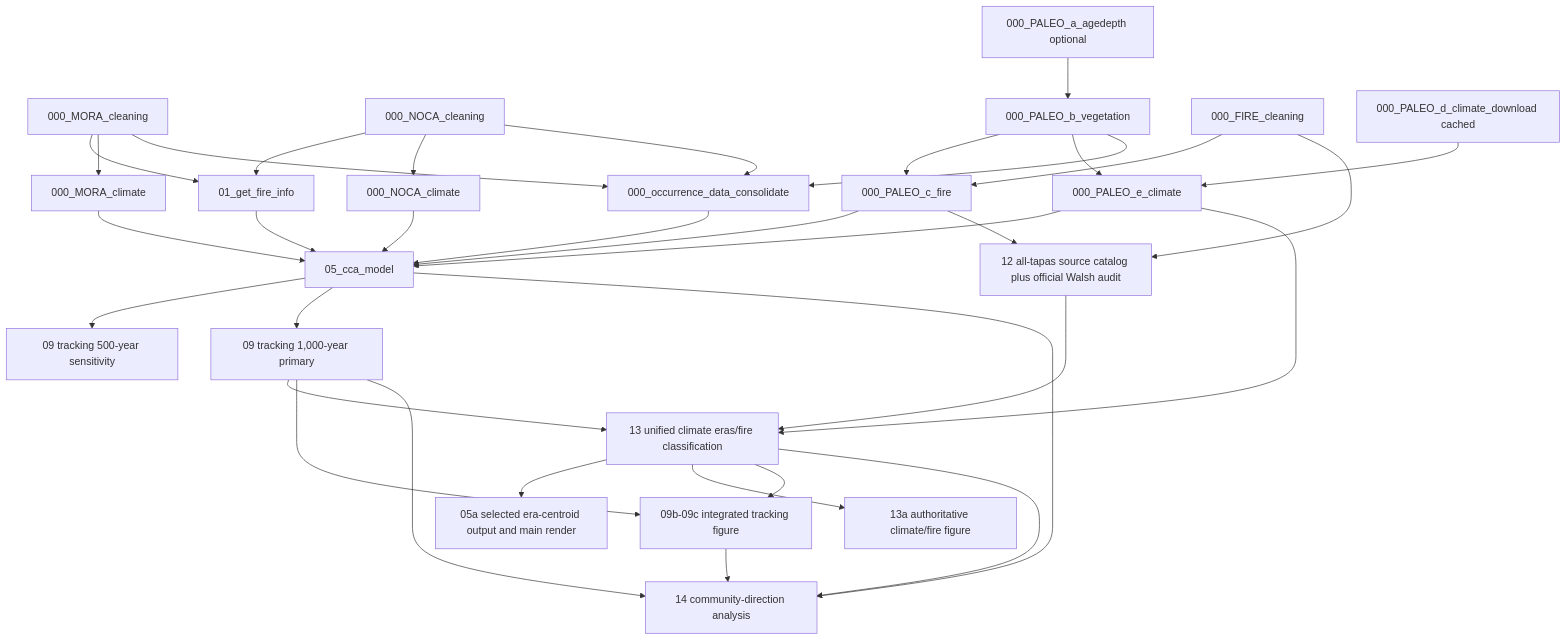
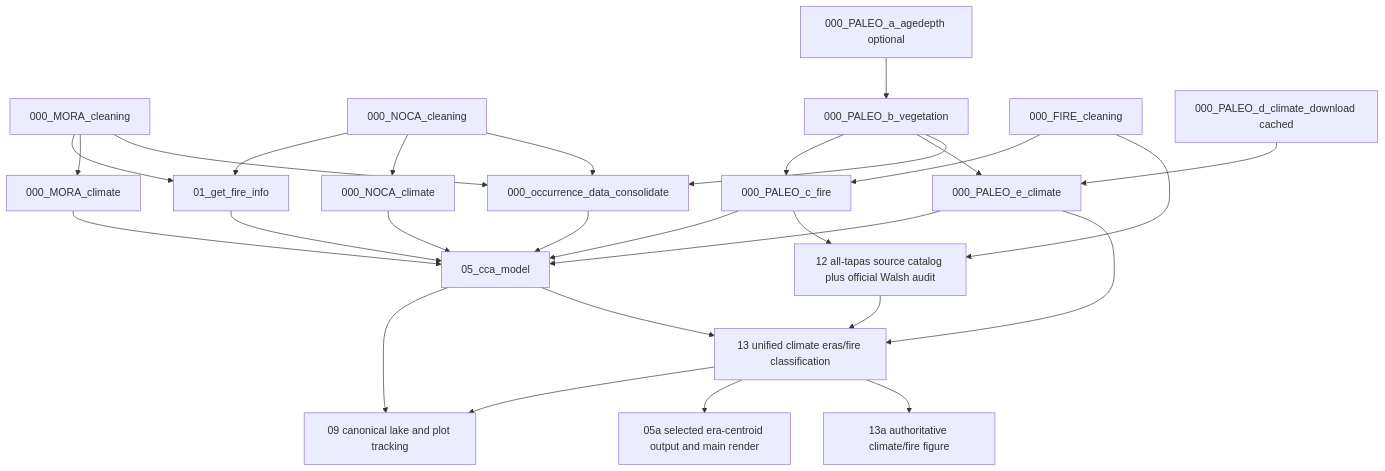
The diagram in docs/WORKFLOW.md (billurbektas/PaleoACES), drawn with Mermaid before and after one commit. The commit also changed other lines of this file and 87 other files, not shown here.

Commit message:
Replace legacy tracking analyses with lake-level model datasets

````diff
--- a/docs/WORKFLOW.md
+++ b/docs/WORKFLOW.md
@@ -78,36 +70,30 @@
 ```mermaid
 flowchart TD
   MV[000_MORA_cleaning] --> AF[01_get_fire_info]
   NV[000_NOCA_cleaning] --> AF
   MV --> MC[000_MORA_climate]
   NV --> NC[000_NOCA_climate]
   BA[000_PALEO_a_agedepth optional] --> PV[000_PALEO_b_vegetation]
   FW[000_FIRE_cleaning] --> PF[000_PALEO_c_fire]
   PV --> PF
   PD[000_PALEO_d_climate_download cached] --> PE[000_PALEO_e_climate]
   PV --> PE
   MV --> OC[000_occurrence_data_consolidate]
   NV --> OC
   PV --> OC
   OC --> CCA[05_cca_model]
   MC --> CCA
   NC --> CCA
   PE --> CCA
   AF --> CCA
   PF --> CCA
-  CCA --> TM5[09 tracking 500-year sensitivity]
-  CCA --> TM1[09 tracking 1,000-year primary]
+  CCA --> TM1[09 canonical lake and plot tracking]
   FW --> WR[12 all-tapas source catalog plus official Walsh audit]
   PF --> WR
-  TM1 --> ER[13 unified climate eras/fire classification]
+  CCA --> ER[13 unified climate eras/fire classification]
+  ER --> TM1
   PE --> ER
   WR --> ER
   ER --> CA[05a selected era-centroid output and main render]
   ER --> CF[13a authoritative climate/fire figure]
-  TM1 --> TV[09b-09c integrated tracking figure]
-  ER --> TV
-  CCA --> DA[14 community-direction analysis]
-  TM1 --> DA
-  ER --> DA
-  TV --> DA
 ```
````
